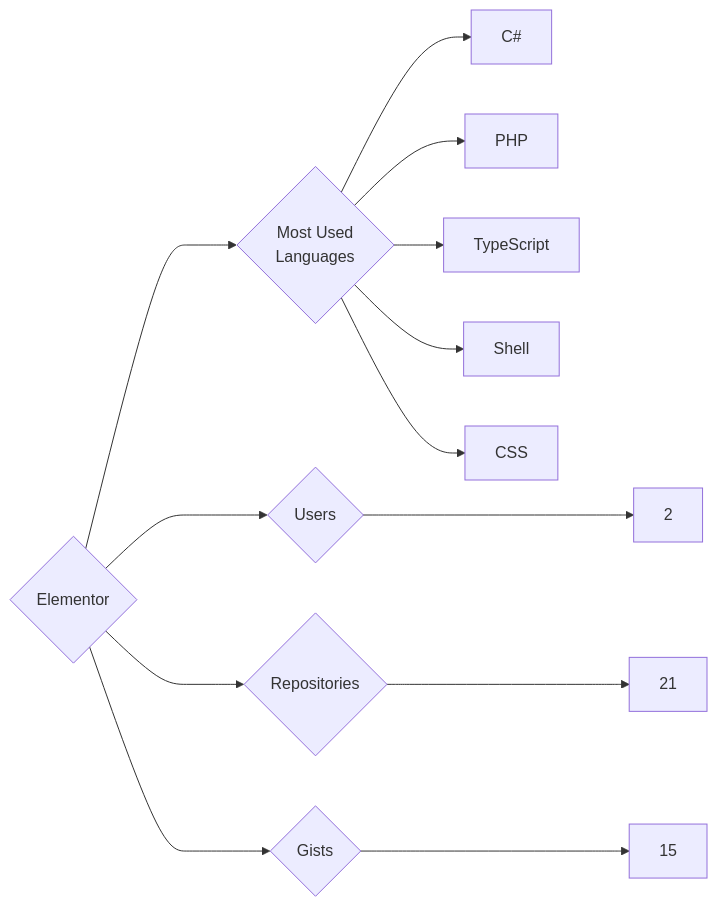
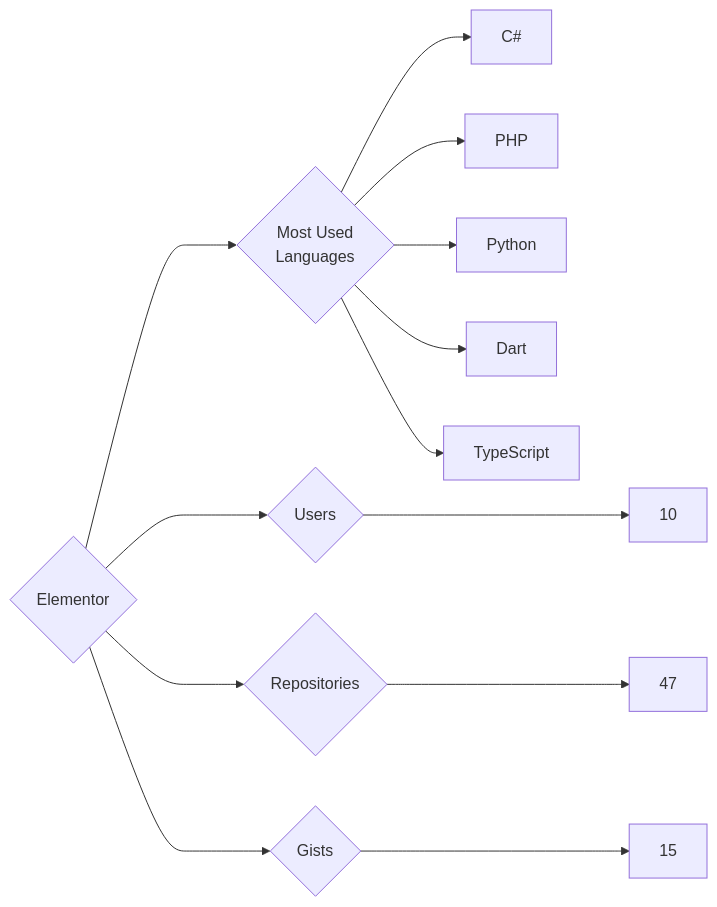
One commit to trickest/insiders changed the diagram in targets/Elementor/README.md. Above: the diagram before and after it, drawn with Mermaid. The commit also changed 786 other files, not shown here.

````diff
--- a/targets/Elementor/README.md
+++ b/targets/Elementor/README.md
@@ -3,13 +3,13 @@
 ```mermaid
 graph LR
 COMPANY_NAME{Elementor}
-COMPANY_NAME ---> U{Users} ---> UN[2]
-COMPANY_NAME ---> R{Repositories} ---> RN[21]
+COMPANY_NAME ---> U{Users} ---> UN[10]
+COMPANY_NAME ---> R{Repositories} ---> RN[47]
 COMPANY_NAME ---> G{Gists} ---> GN[15]
 COMPANY_NAME ---> ML{Most Used<br>Languages}
 ML --> C#[C#]
 ML --> PHP[PHP]
+ML --> Python[Python]
+ML --> Dart[Dart]
 ML --> TypeScript[TypeScript]
-ML --> Shell[Shell]
-ML --> CSS[CSS]
 ```
````
